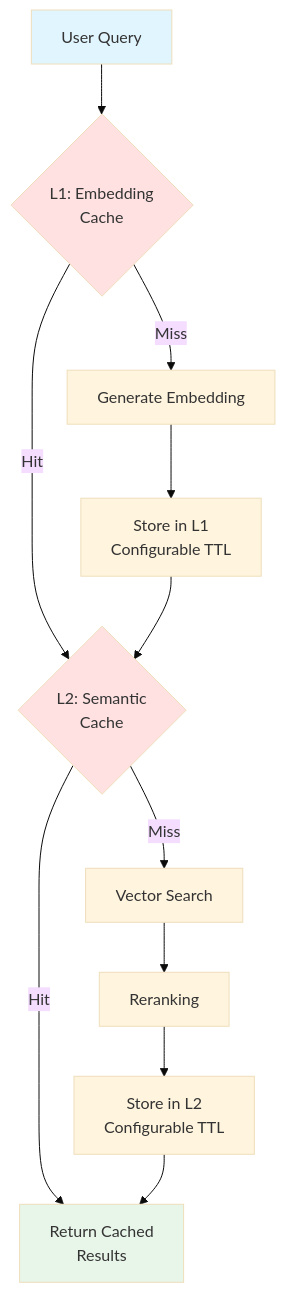
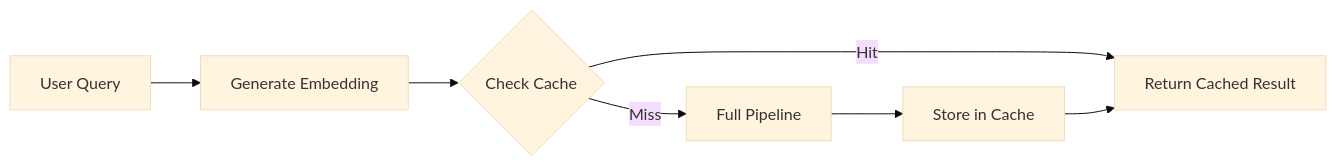
Before and after one commit to pravinbhat/pravinbhat.github.io: the second of 4 diagrams in Enterprise_RAG_Architecture_Guide.md, drawn with Mermaid (base theme). The commit also changed other lines of this file, not shown here.

````diff
--- a/Enterprise_RAG_Architecture_Guide.md
+++ b/Enterprise_RAG_Architecture_Guide.md
@@ -597,23 +629,9 @@
 ```mermaid
-graph TB
-    Query[User Query]
-    
-    Query --> L1{L1: Embedding<br/>Cache}
-    L1 -->|Hit| L2
-    L1 -->|Miss| E1[Generate Embedding]
-    E1 --> Store1[Store in L1<br/>Configurable TTL]
-    Store1 --> L2
-    
-    L2{L2: Semantic<br/>Cache}
-    L2 -->|Hit| Return[Return Cached<br/>Results]
-    L2 -->|Miss| Search[Vector Search]
-    
-    Search --> Rerank[Reranking]
-    Rerank --> Store2[Store in L2<br/>Configurable TTL]
-    Store2 --> Return
-    
-    style Query fill:#e1f5ff
-    style Return fill:#e8f5e9
-    style L1 fill:#ffe1e1
-    style L2 fill:#ffe1e1
+graph LR
+    Query[User Query] --> Embed[Generate Embedding]
+    Embed --> Check{Check Cache}
+    Check -->|Hit| Return[Return Cached Result]
+    Check -->|Miss| Process[Full Pipeline]
+    Process --> Store[Store in Cache]
+    Store --> Return
 ```
````
